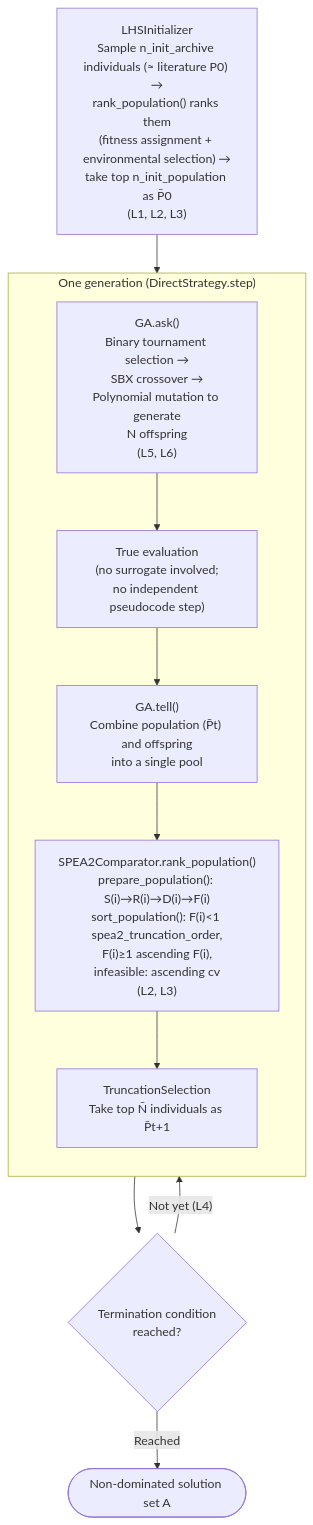
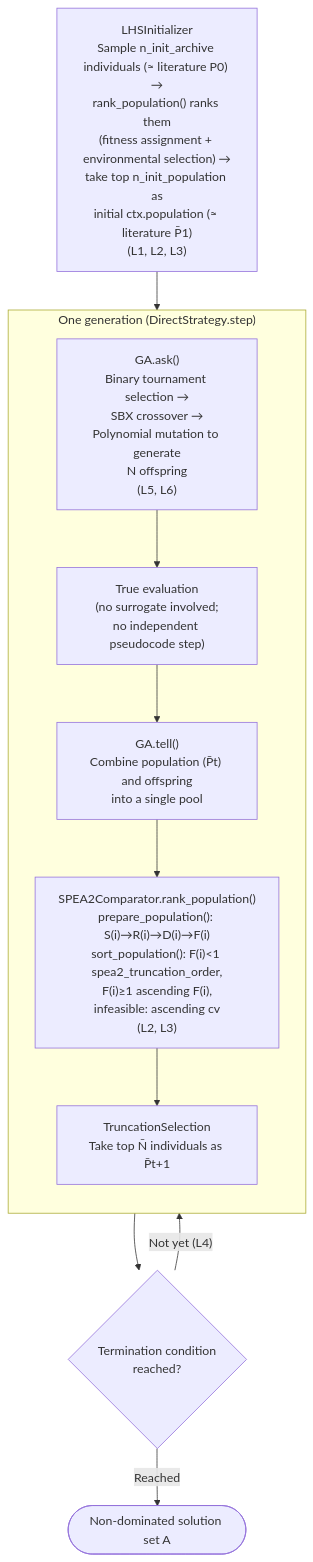
Before and after one commit to shlka/saealib: the diagram in docs/algorithms/spea2.md, drawn with Mermaid. The commit also changed other lines of this file and 1 other file, not shown here.

Commit message:
docs: align SPEA2 archive notation and precision with pseudocode

````diff
--- a/docs/algorithms/spea2.md
+++ b/docs/algorithms/spea2.md
@@ -51,14 +51,14 @@
 ```{mermaid}
 flowchart TD
-    INIT["LHSInitializer<br/>Sample n_init_archive individuals (≈ literature P0) →<br/>rank_population() ranks them<br/>(fitness assignment + environmental selection) →<br/>take top n_init_population as P̄0<br/>(L1, L2, L3)"] --> GEN
+    INIT["LHSInitializer<br/>Sample n_init_archive individuals (≈ literature P0) →<br/>rank_population() ranks them<br/>(fitness assignment + environmental selection) →<br/>take top n_init_population as<br/>initial ctx.population (≈ literature P̄1)<br/>(L1, L2, L3)"] --> GEN
     subgraph GEN["One generation (DirectStrategy.step)"]
         direction TB
         ASK["GA.ask()<br/>Binary tournament selection →<br/>SBX crossover →<br/>Polynomial mutation to generate<br/>N offspring<br/>(L5, L6)"] --> EVAL["True evaluation<br/>(no surrogate involved;<br/>no independent pseudocode step)"]
         EVAL --> COMB["GA.tell()<br/>Combine population (P̄t) and offspring<br/>into a single pool"]
         COMB --> RANK["SPEA2Comparator.rank_population()<br/>prepare_population(): S(i)→R(i)→D(i)→F(i)<br/>sort_population(): F(i)&lt;1 spea2_truncation_order,<br/>F(i)≥1 ascending F(i),<br/>infeasible: ascending cv<br/>(L2, L3)"]
         RANK --> TRUNC["TruncationSelection<br/>Take top N̄ individuals as P̄t+1"]
     end
     GEN --> TERM{"Termination condition<br/>reached?"}
     TERM -- "Not yet (L4)" --> GEN
     TERM -- "Reached" --> RESULT(["Non-dominated solution set A"])
 ```
````
